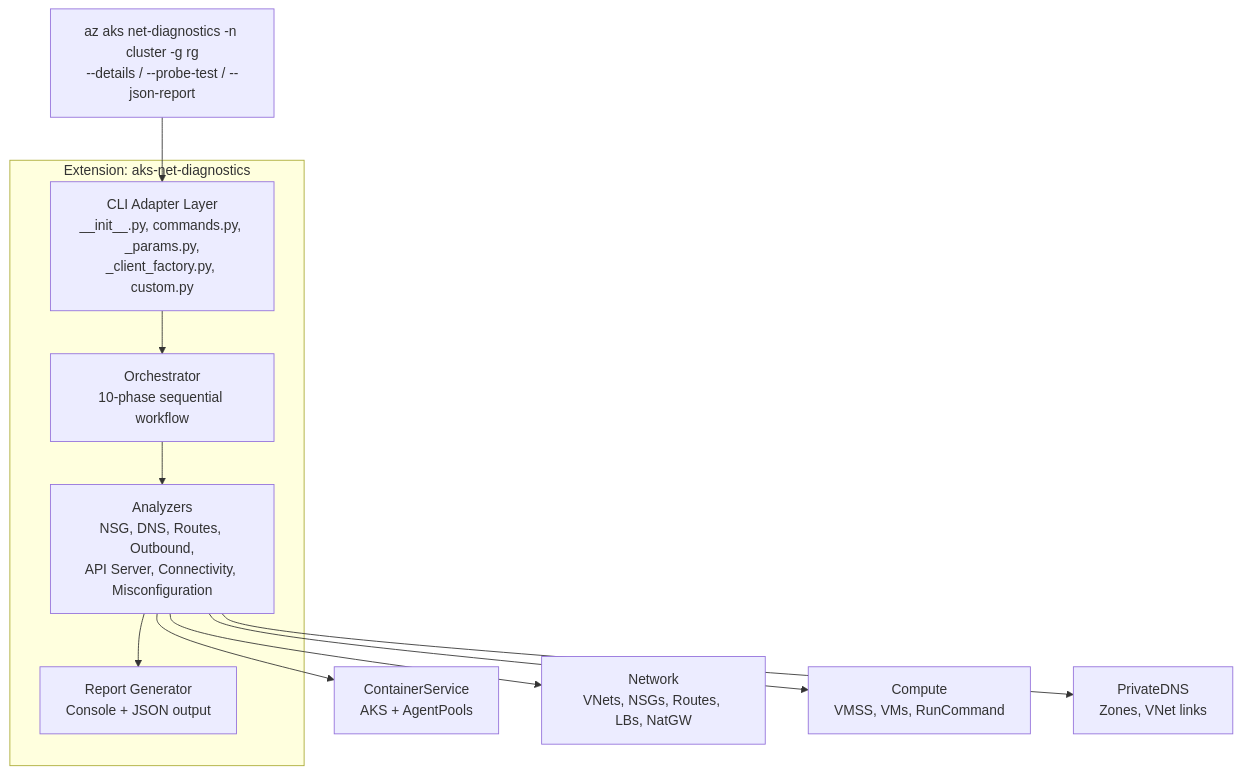
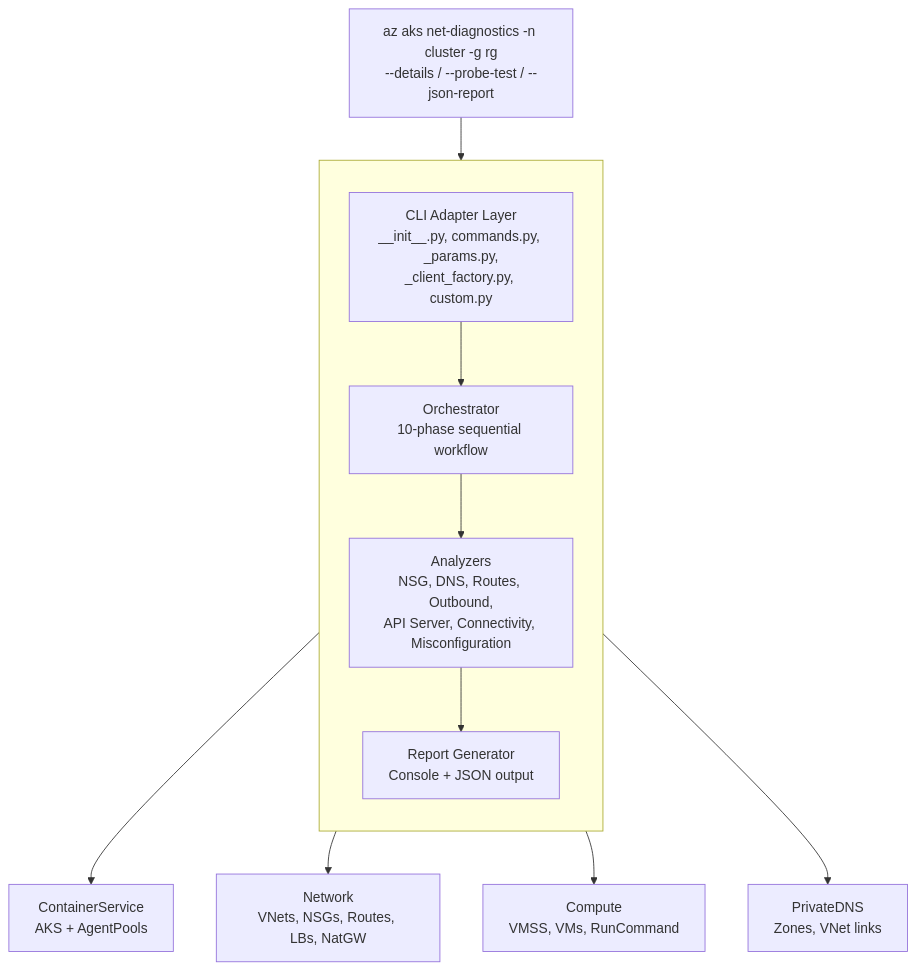
Before and after one commit to sturrent/azure-cli-extensions: the first of 4 diagrams in aks-net-diagnostics-integration/ARCHITECTURE.md, drawn with Mermaid.

Commit message:
docs: Clean up high-level architecture diagram labels

````diff
--- a/aks-net-diagnostics-integration/ARCHITECTURE.md
+++ b/aks-net-diagnostics-integration/ARCHITECTURE.md
@@ -59,22 +59,20 @@
 ```mermaid
 flowchart TD
     CMD["az aks net-diagnostics -n cluster -g rg<br/>--details / --probe-test / --json-report"]
 
-    subgraph EXT["Extension: aks-net-diagnostics"]
+    subgraph EXT[" "]
+        direction TB
         ADAPTER["CLI Adapter Layer<br/>__init__.py, commands.py, _params.py,<br/>_client_factory.py, custom.py"]
-        ORCH["Orchestrator<br/>10-phase sequential workflow"]
-        ANALYZERS["Analyzers<br/>NSG, DNS, Routes, Outbound,<br/>API Server, Connectivity, Misconfiguration"]
-        REPORT["Report Generator<br/>Console + JSON output"]
+        ADAPTER --> ORCH["Orchestrator<br/>10-phase sequential workflow"]
+        ORCH --> ANALYZERS["Analyzers<br/>NSG, DNS, Routes, Outbound,<br/>API Server, Connectivity, Misconfiguration"]
+        ANALYZERS --> REPORT["Report Generator<br/>Console + JSON output"]
     end
 
     CS["ContainerService<br/>AKS + AgentPools"]
     NET["Network<br/>VNets, NSGs, Routes, LBs, NatGW"]
     CMP["Compute<br/>VMSS, VMs, RunCommand"]
     PDNS["PrivateDNS<br/>Zones, VNet links"]
 
     CMD --> ADAPTER
-    ADAPTER --> ORCH
-    ORCH --> ANALYZERS
-    ANALYZERS --> REPORT
     ANALYZERS --> CS & NET & CMP & PDNS
 ```
````
